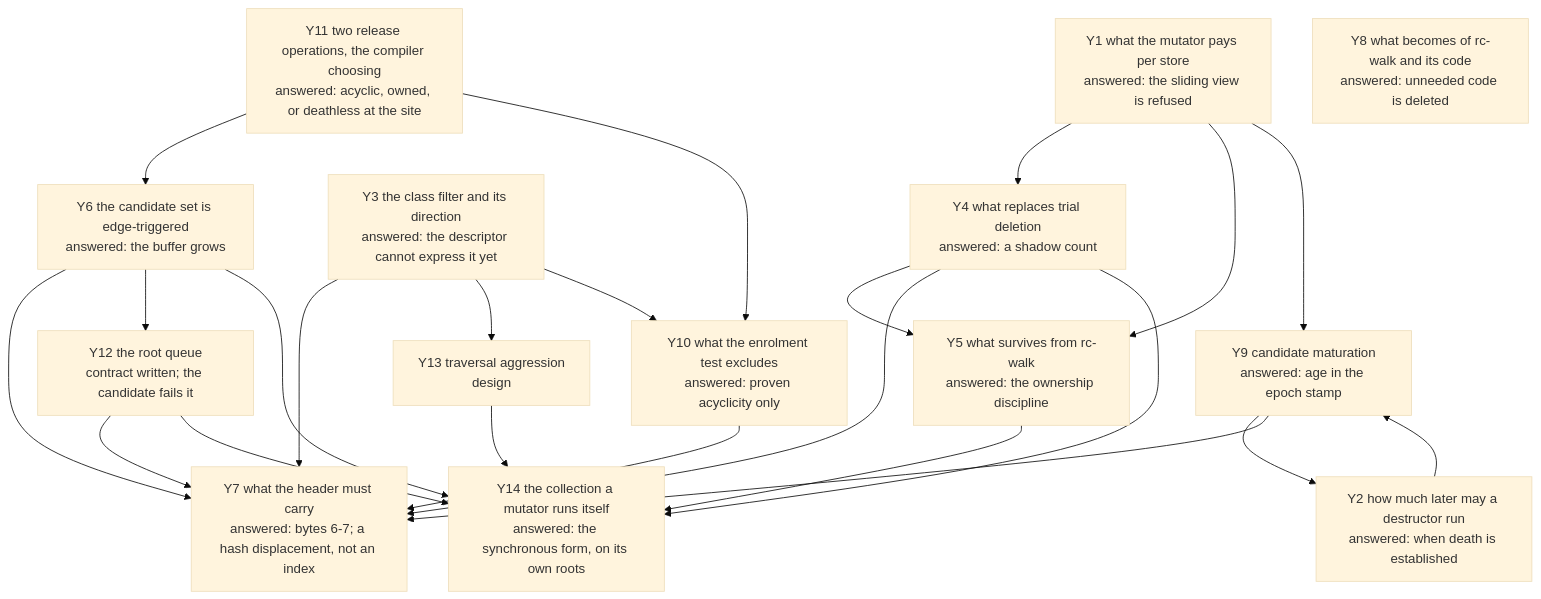
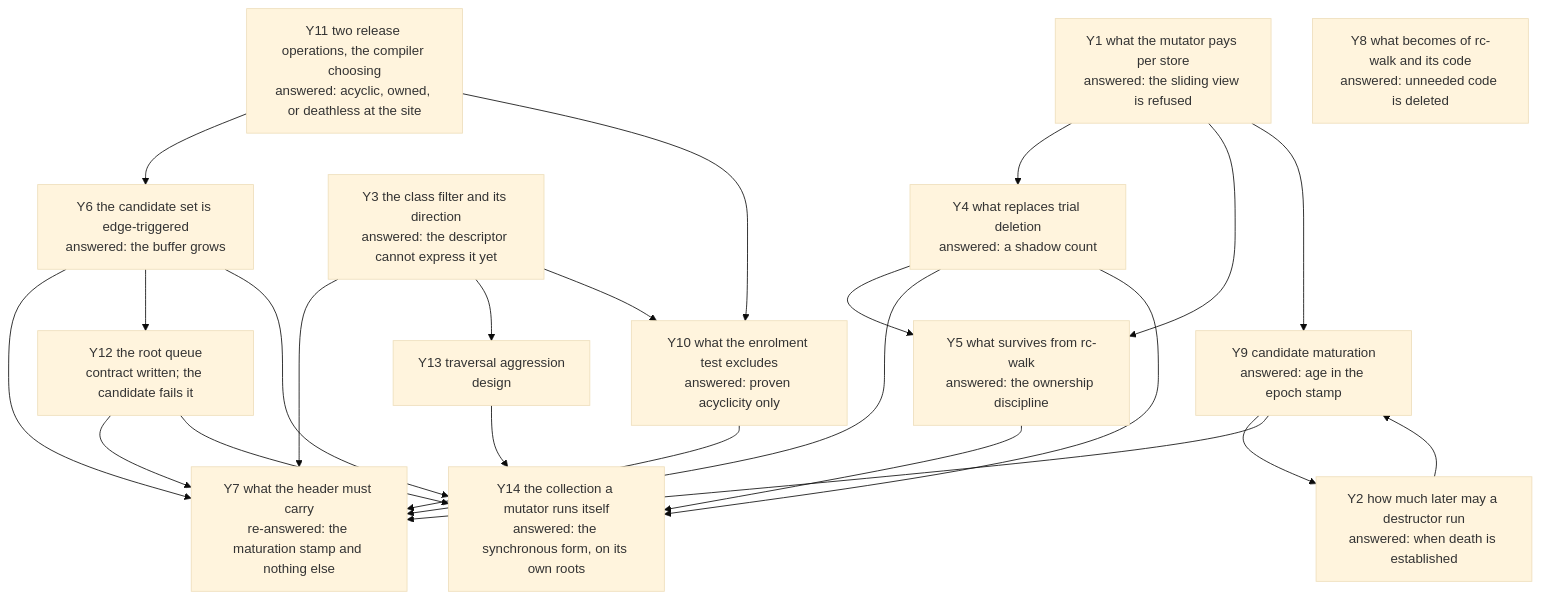
One commit to limelight-lang/rfc changed the diagram in model/gc/cycle/questions.md. Above: the diagram before and after it, drawn with Mermaid (base theme). The commit also changed other lines of this file and 5 other files, not shown here.

````diff
--- a/model/gc/cycle/questions.md
+++ b/model/gc/cycle/questions.md
@@ -16,21 +17,21 @@
 ```mermaid
 flowchart TD
     Y1[Y1 what the mutator pays per store<br/>answered: the sliding view is refused] --> Y4 & Y5 & Y9
     Y2[Y2 how much later may a destructor run<br/>answered: when death is established] --> Y9
     Y3[Y3 the class filter and its direction<br/>answered: the descriptor cannot express it yet] --> Y7 & Y13
     Y4[Y4 what replaces trial deletion<br/>answered: a shadow count] --> Y5 & Y7
     Y9[Y9 candidate maturation<br/>answered: age in the epoch stamp] --> Y2 & Y7
     Y10[Y10 what the enrolment test excludes<br/>answered: proven acyclicity only] --> Y7
     Y11[Y11 two release operations, the compiler choosing<br/>answered: acyclic, owned, or deathless at the site] --> Y6 & Y10
     Y3 --> Y10
     Y5[Y5 what survives from rc-walk<br/>answered: the ownership discipline]
     Y6[Y6 the candidate set is edge-triggered<br/>answered: the buffer grows] --> Y7 & Y12
-    Y7[Y7 what the header must carry<br/>answered: bytes 6-7; a hash displacement, not an index]
+    Y7[Y7 what the header must carry<br/>re-answered: the maturation stamp and nothing else]
     Y8[Y8 what becomes of rc-walk and its code<br/>answered: unneeded code is deleted]
     Y12[Y12 the root queue<br/>contract written; the candidate fails it] --> Y7 & Y14
     Y13[Y13 traversal aggression<br/>design] --> Y14
     Y4 --> Y14
     Y5 --> Y14
     Y6 --> Y14
     Y14[Y14 the collection a mutator runs itself<br/>answered: the synchronous form, on its own roots]
 ```
````
